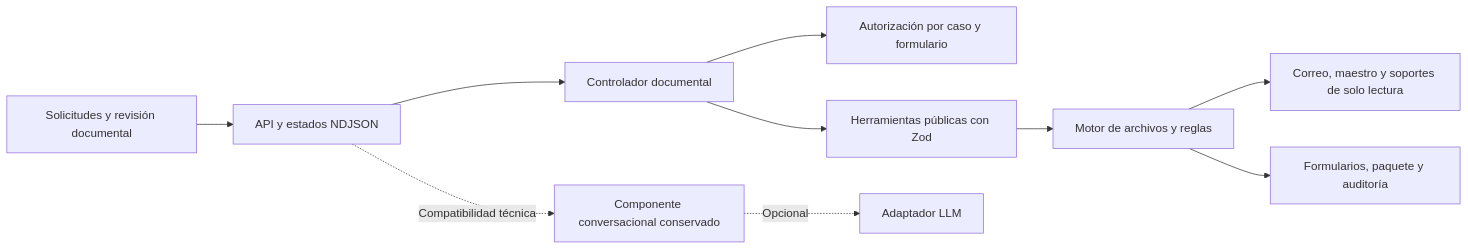
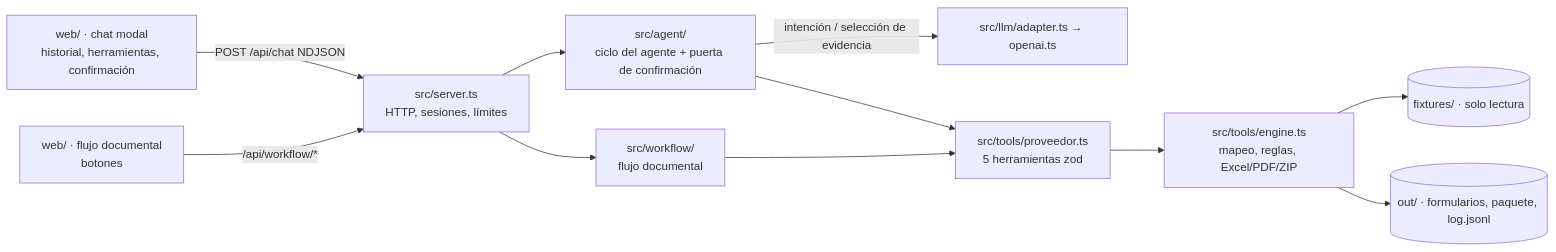
The diagram in SOLUCION.md (elianatorres5772/Reto), drawn with Mermaid before and after one commit. The commit also changed other lines of this file and 9 other files, not shown here.

First line of the commit message:
Actualizar README y SOLUCION al chat del agente y la estructura del PRD

````diff
--- a/SOLUCION.md
+++ b/SOLUCION.md
@@ -11,12 +9,13 @@
 ```mermaid
 flowchart LR
-    Panel[Solicitudes y revisión documental] --> HTTP[API y estados NDJSON]
-    HTTP --> Workflow[Controlador documental]
-    Workflow --> Gate[Autorización por caso y formulario]
-    Workflow --> Facade[Herramientas públicas con Zod]
-    Facade --> Engine[Motor de archivos y reglas]
-    Engine --> Fixtures[Correo, maestro y soportes de solo lectura]
-    Engine --> Out[Formularios, paquete y auditoría]
-    HTTP -. Compatibilidad técnica .-> Agent[Componente conversacional conservado]
-    Agent -. Opcional .-> Adapter[Adaptador LLM]
+    Chat[web/ · chat modal<br/>historial, herramientas, confirmación] -->|POST /api/chat NDJSON| Server[src/server.ts<br/>HTTP, sesiones, límites]
+    Docs[web/ · flujo documental<br/>botones] -->|/api/workflow/*| Server
+    Server --> Agent[src/agent/<br/>ciclo del agente + puerta de confirmación]
+    Server --> Workflow[src/workflow/<br/>flujo documental]
+    Agent -->|intención / selección de evidencia| LLM[src/llm/adapter.ts → openai.ts]
+    Agent --> Tools[src/tools/proveedor.ts<br/>5 herramientas zod]
+    Workflow --> Tools
+    Tools --> Engine[src/tools/engine.ts<br/>mapeo, reglas, Excel/PDF/ZIP]
+    Engine --> Fixtures[(fixtures/ · solo lectura)]
+    Engine --> Out[(out/ · formularios, paquete, log.jsonl)]
 ```
````
